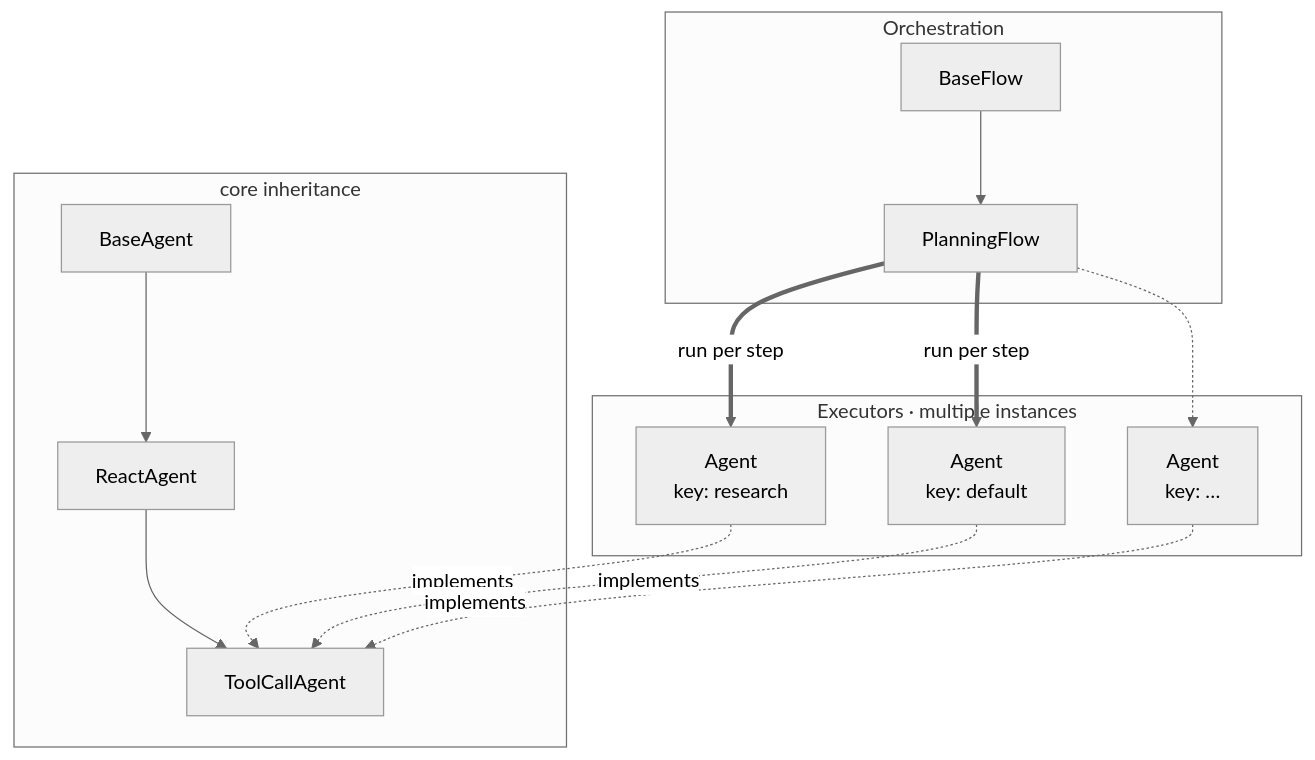
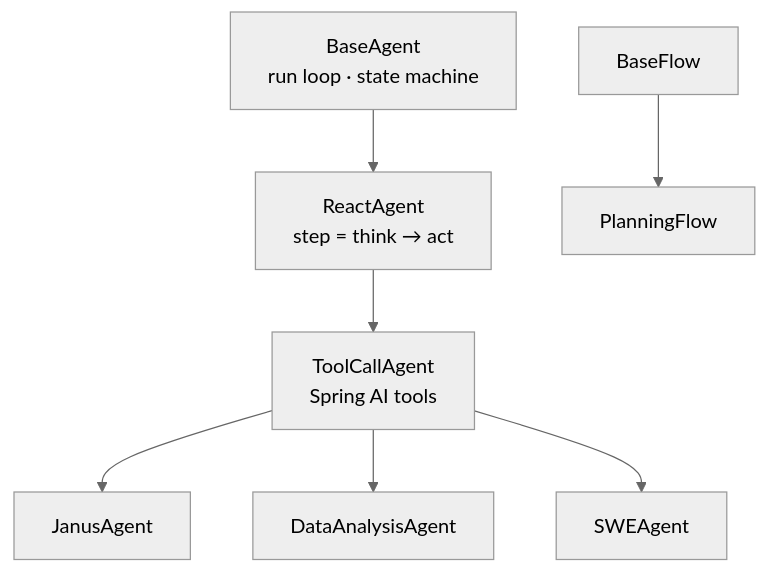
Before and after one commit to jixie-wish/Janus: the second of 6 diagrams in core/docs/AGENT-FLOW.en.md, drawn with Mermaid (neutral theme). The commit also changed other lines of this file and 48 other files, not shown here.

````diff
--- a/core/docs/AGENT-FLOW.en.md
+++ b/core/docs/AGENT-FLOW.en.md
@@ -9,23 +36,16 @@
 ```mermaid
 flowchart TB
-    subgraph flowLayer["Orchestration"]
-        BF[BaseFlow]
-        PF[PlanningFlow]
-        BF --> PF
-    end
+    BA[BaseAgent<br/>run loop · state machine]
+    RA[ReactAgent<br/>step = think → act]
+    TCA[ToolCallAgent<br/>Spring AI tools]
+    JA[JanusAgent]
+    DA[DataAnalysisAgent]
+    SWE[SWEAgent]
 
-    subgraph agentLayer["Executors · multiple instances"]
-        A1["Agent<br/>key: research"]
-        A2["Agent<br/>key: default"]
-        A3["Agent<br/>key: …"]
-    end
+    BA --> RA --> TCA
+    TCA --> JA & DA & SWE
 
-    subgraph coreLayer["core inheritance"]
-        BA[BaseAgent] --> RA[ReactAgent] --> TCA[ToolCallAgent]
-    end
-
-    PF ==>|run per step| A1
-    PF ==>|run per step| A2
-    PF -.-> A3
-    A1 & A2 & A3 -.->|implements| TCA
+    BF[BaseFlow]
+    PF[PlanningFlow]
+    BF --> PF
 ```
````
